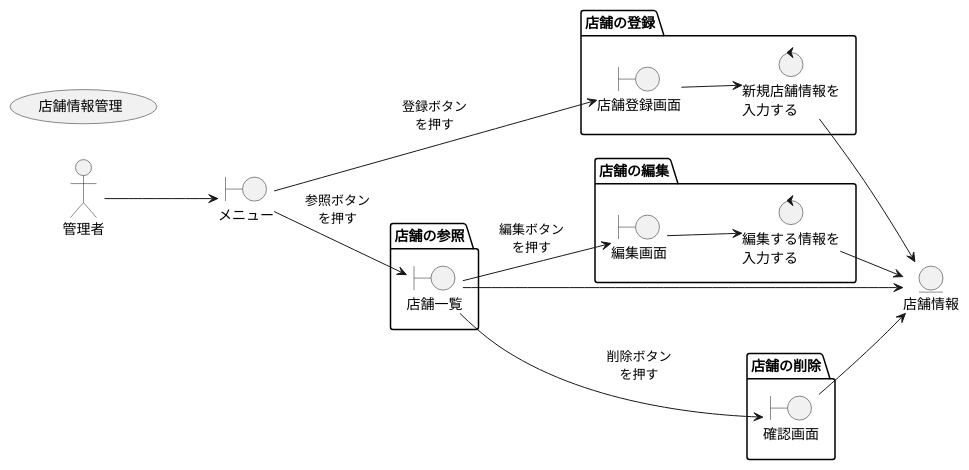
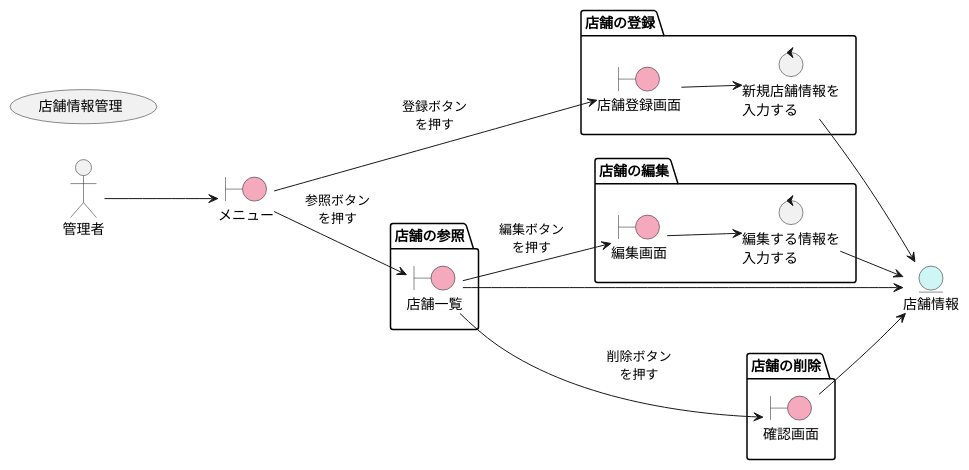
One commit to HaruShim/Sotuken changed the diagram in 各種設計書/3ロバストネス図/人事管理/店舗情報管理2.wsd. Above: the diagram before and after it, drawn with PlantUML. The commit also changed 1 other file, not shown here.

```diff
--- a/各種設計書/3ロバストネス図/人事管理/店舗情報管理2.wsd
+++ b/各種設計書/3ロバストネス図/人事管理/店舗情報管理2.wsd
@@ -1,41 +1,41 @@
 @startuml robustness
 left to right direction
 
 usecase "店舗情報管理" as TENPO
 
 actor "管理者" as admin 
-boundary "メニュー" as me
-entity "店舗情報" as tj
+boundary "メニュー" as me #F5A9BC
+entity "店舗情報" as tj  #CEF6F5
 
 admin -[hidden]left- TENPO
 admin --> me
 
 package "店舗の登録"{
-  boundary "店舗登録画面" as ttg
+  boundary "店舗登録画面" as ttg #F5A9BC
   control "新規店舗情報を\n入力する" as in
   me --> ttg:"登録ボタン\nを押す"
   ttg --> in
 }
 
 package "店舗の参照"{
-  boundary "店舗一覧" as ti 
+  boundary "店舗一覧" as ti #F5A9BC
   ti --> tj
   me --> ti:"参照ボタン\nを押す"
   
 }
 
 package "店舗の編集"{
-  boundary "編集画面" as hg
+  boundary "編集画面" as hg #F5A9BC
   control "編集する情報を\n入力する" as hj
   ti --> hg:"編集ボタン\nを押す"
   hg --> hj
   hj --> tj
 }
 
 package "店舗の削除"{
-  boundary "確認画面" as kg
+  boundary "確認画面" as kg #F5A9BC
   ti --> kg:"削除ボタン\nを押す"
   kg --> tj
 }
 in --> tj
 @enduml
```
